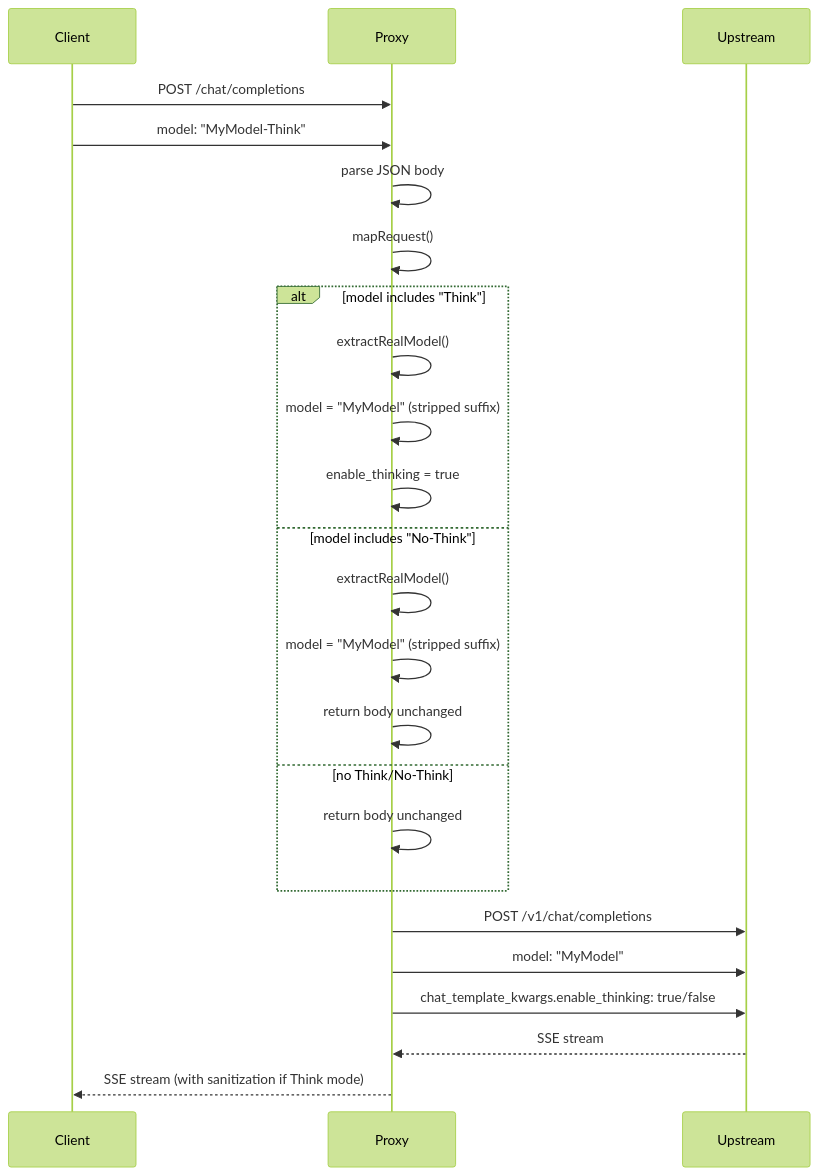
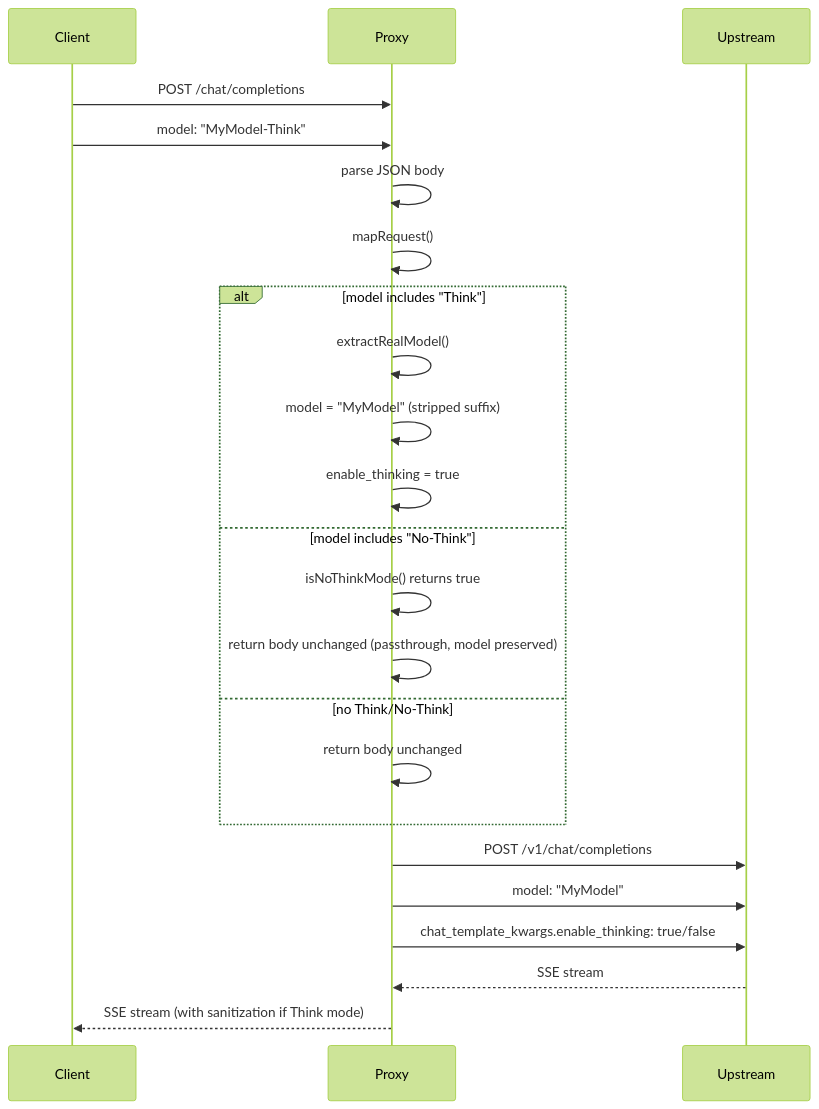
One commit to martindebrunne/llamacpp-proxy changed the diagram in docs/features/model-mapping/flows.md. Above: the diagram before and after it, drawn with Mermaid (forest theme). The commit also changed other lines of this file and 41 other files, not shown here.

First line of the commit message:
audit: verify code, memory, and docs alignment; fix flows.md No-Think documentation

````diff
--- a/docs/features/model-mapping/flows.md
+++ b/docs/features/model-mapping/flows.md
@@ -5,31 +5,30 @@
 ```mermaid
 sequenceDiagram
     participant Client
     participant Proxy
     participant Upstream
 
     Client->>Proxy: POST /chat/completions
     Client->>Proxy: model: "MyModel-Think"
     
     Proxy->>Proxy: parse JSON body
     Proxy->>Proxy: mapRequest()
     
     alt model includes "Think"
         Proxy->>Proxy: extractRealModel()
         Proxy->>Proxy: model = "MyModel" (stripped suffix)
         Proxy->>Proxy: enable_thinking = true
     else model includes "No-Think"
-        Proxy->>Proxy: extractRealModel()
-        Proxy->>Proxy: model = "MyModel" (stripped suffix)
-        Proxy->>Proxy: return body unchanged
+        Proxy->>Proxy: isNoThinkMode() returns true
+        Proxy->>Proxy: return body unchanged (passthrough, model preserved)
     else no Think/No-Think
         Proxy->>Proxy: return body unchanged
     end
     
     Proxy->>Upstream: POST /v1/chat/completions
     Proxy->>Upstream: model: "MyModel"
     Proxy->>Upstream: chat_template_kwargs.enable_thinking: true/false
     
     Upstream-->>Proxy: SSE stream
     Proxy-->>Client: SSE stream (with sanitization if Think mode)
 ```
````
